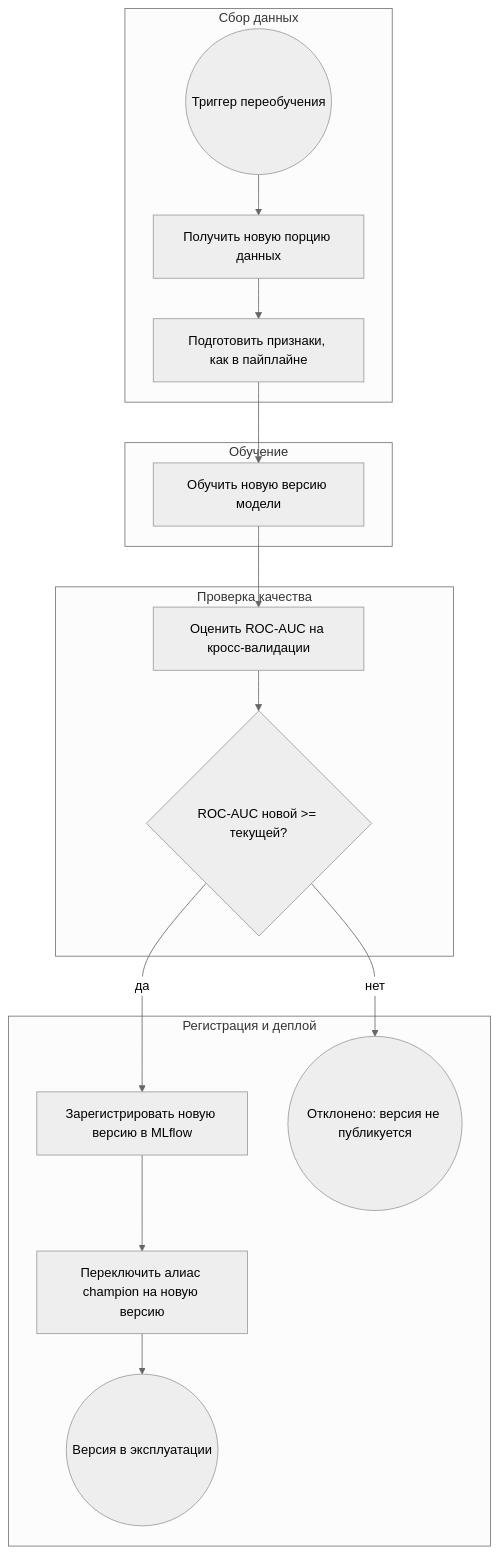
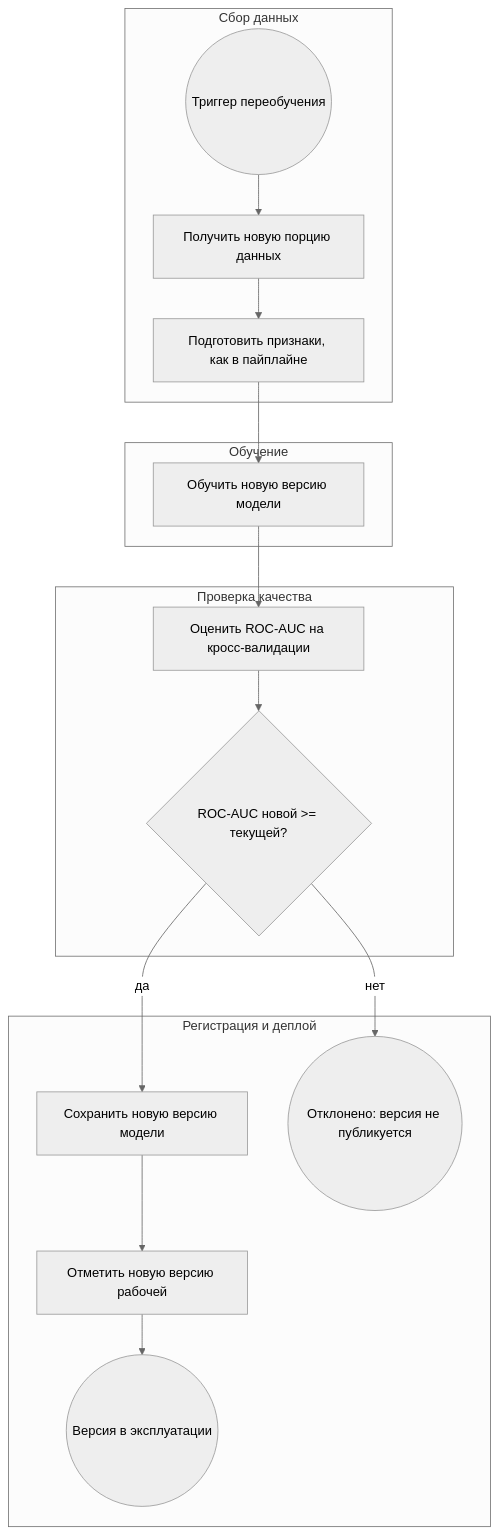
One commit to IvanMMMLich/loan-approval-prediction-v2 changed the diagram in Model_retrain_BPMN.md. Above: the diagram before and after it, drawn with Mermaid (neutral theme). The commit also changed other lines of this file and 7 other files, not shown here.

````diff
--- a/Model_retrain_BPMN.md
+++ b/Model_retrain_BPMN.md
@@ -13,34 +13,34 @@
 ```mermaid
 flowchart TD
     subgraph Сбор данных
         T((Триггер переобучения))
         D1[Получить новую порцию данных]
         D2[Подготовить признаки, как в пайплайне]
     end
 
     subgraph Обучение
         TR[Обучить новую версию модели]
     end
 
     subgraph Проверка качества
         EV[Оценить ROC-AUC на кросс-валидации]
         G{ROC-AUC новой >= текущей?}
     end
 
     subgraph Регистрация и деплой
-        REG[Зарегистрировать новую версию в MLflow]
-        DEP[Переключить алиас champion на новую версию]
+        REG[Сохранить новую версию модели]
+        DEP[Отметить новую версию рабочей]
         DONE((Версия в эксплуатации))
         REJ((Отклонено: версия не публикуется))
     end
 
     T --> D1
     D1 --> D2
     D2 --> TR
     TR --> EV
     EV --> G
     G -- да --> REG
     G -- нет --> REJ
     REG --> DEP
     DEP --> DONE
 ```
````
